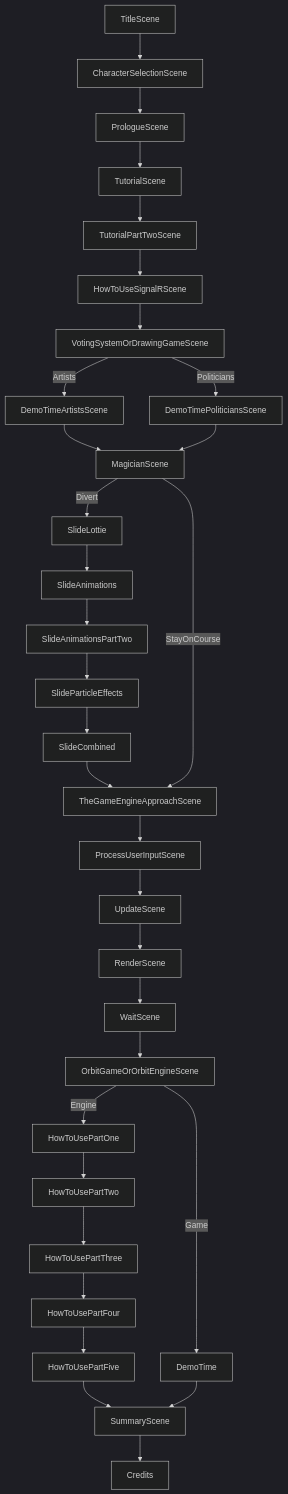
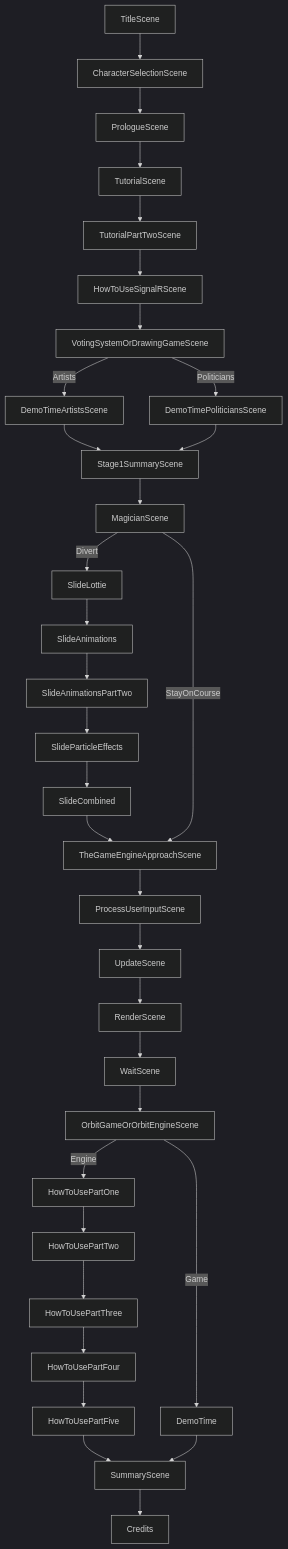
The diagram in games/ChooseYourOwnAdventure/ChooseYourOwnAdventure/Slides/SlideThoughts.md (bijington/orbit), drawn with Mermaid (dark theme) before and after one commit. The commit also changed 20 other files, not shown here.

````diff
--- a/games/ChooseYourOwnAdventure/ChooseYourOwnAdventure/Slides/SlideThoughts.md
+++ b/games/ChooseYourOwnAdventure/ChooseYourOwnAdventure/Slides/SlideThoughts.md
@@ -109,44 +109,45 @@
 ```mermaid
 flowchart TD
     TitleScene --> CharacterSelectionScene
     CharacterSelectionScene --> PrologueScene
     PrologueScene --> TutorialScene
     TutorialScene --> TutorialPartTwoScene
     TutorialPartTwoScene --> HowToUseSignalRScene
 
     HowToUseSignalRScene --> VotingSystemOrDrawingGameScene
 
     VotingSystemOrDrawingGameScene --Artists--> DemoTimeArtistsScene
     VotingSystemOrDrawingGameScene --Politicians--> DemoTimePoliticiansScene
 
-    DemoTimeArtistsScene --> MagicianScene
-    DemoTimePoliticiansScene --> MagicianScene
+    DemoTimeArtistsScene --> Stage1SummaryScene
+    DemoTimePoliticiansScene --> Stage1SummaryScene
 
+    Stage1SummaryScene --> MagicianScene
     MagicianScene --Divert--> SlideLottie
     SlideLottie --> SlideAnimations
     SlideAnimations --> SlideAnimationsPartTwo
     SlideAnimationsPartTwo --> SlideParticleEffects
     SlideParticleEffects --> SlideCombined
     SlideCombined --> TheGameEngineApproachScene
 
     MagicianScene --StayOnCourse--> TheGameEngineApproachScene
 
     TheGameEngineApproachScene --> ProcessUserInputScene
     ProcessUserInputScene --> UpdateScene
     UpdateScene --> RenderScene
     RenderScene --> WaitScene
 
     WaitScene --> OrbitGameOrOrbitEngineScene
 
     OrbitGameOrOrbitEngineScene --Engine--> HowToUsePartOne
     HowToUsePartOne --> HowToUsePartTwo
     HowToUsePartTwo --> HowToUsePartThree
     HowToUsePartThree --> HowToUsePartFour
     HowToUsePartFour --> HowToUsePartFive
     HowToUsePartFive --> SummaryScene
 
     OrbitGameOrOrbitEngineScene --Game--> DemoTime
 
     DemoTime --> SummaryScene
     SummaryScene --> Credits
 ```
````
